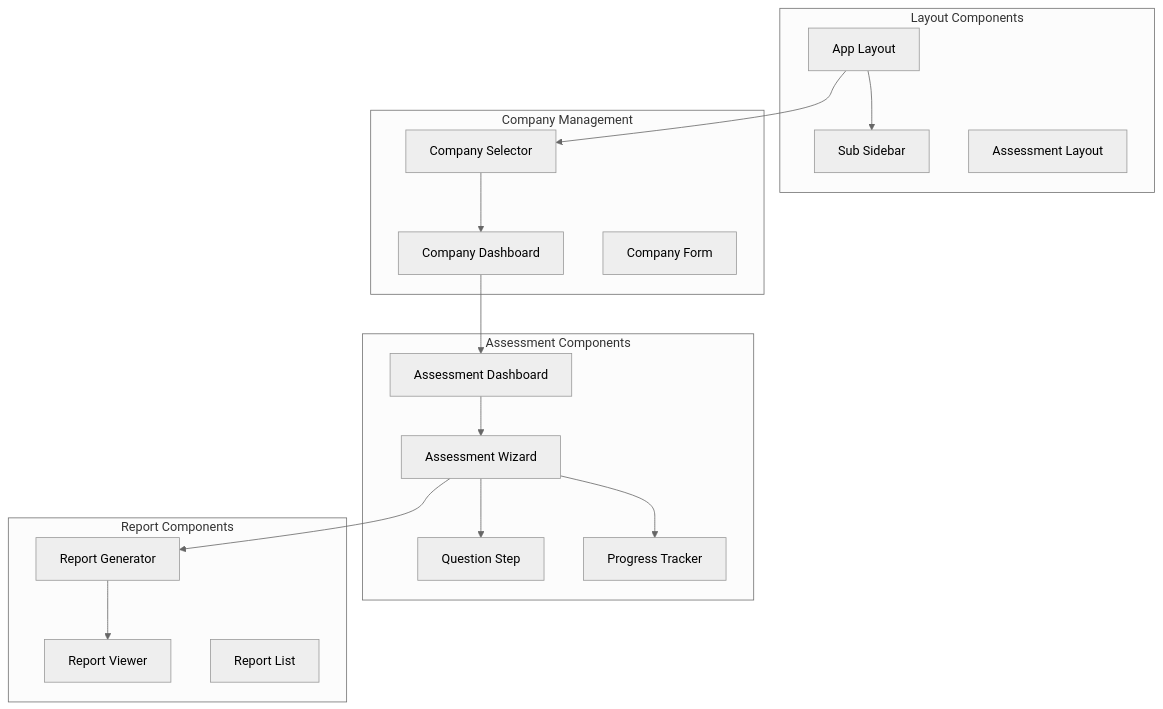
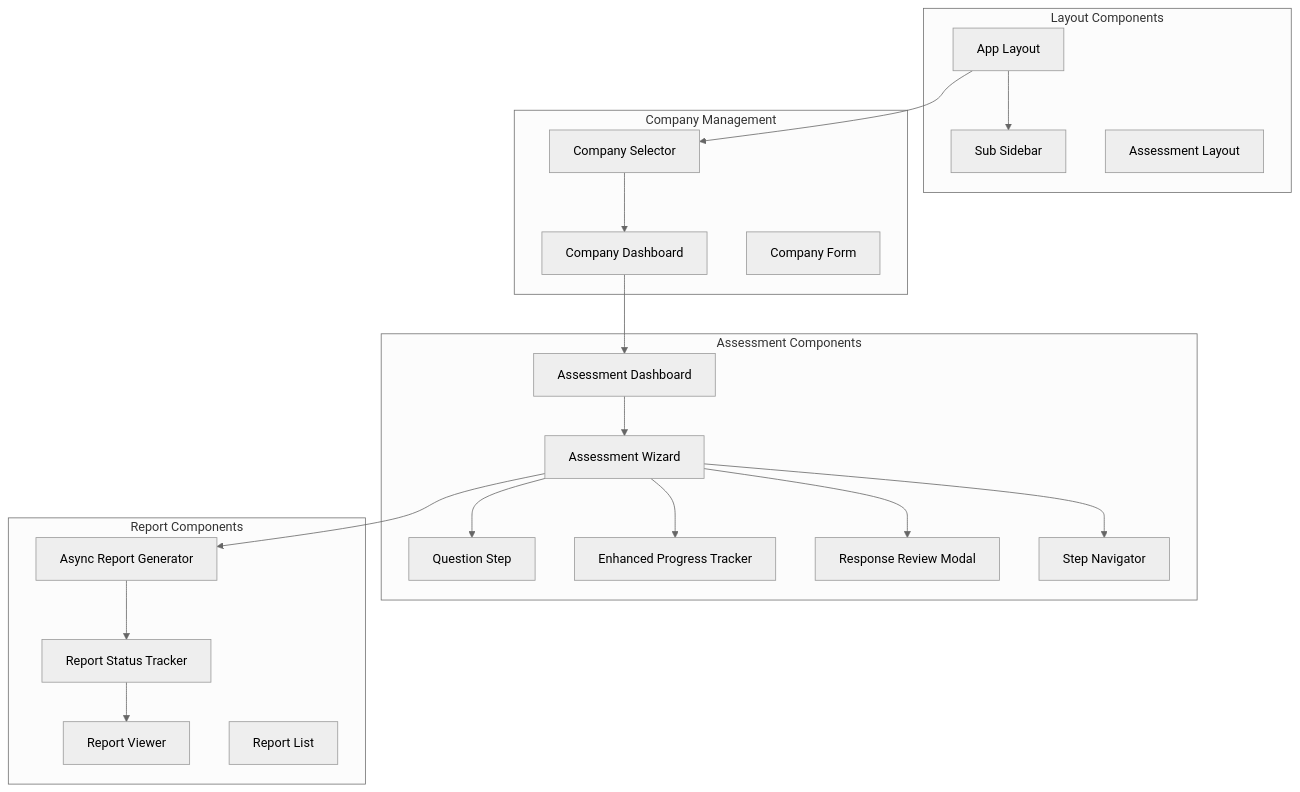
The second of 2 diagrams in .kiro/specs/ai-assessment/design.md (NexusLab-Technology/ai_assessment), drawn with Mermaid (neutral theme) before and after one commit. The commit also changed other lines of this file and 2 other files, not shown here.

First line of the commit message:
feat: enhance AI Assessment spec with response review, progress visualization, and async report generation

````diff
--- a/.kiro/specs/ai-assessment/design.md
+++ b/.kiro/specs/ai-assessment/design.md
@@ -46,37 +66,43 @@
 ```mermaid
 graph TB
     subgraph "Layout Components"
         AppLayout[App Layout]
         SubSidebar[Sub Sidebar]
         AssessmentLayout[Assessment Layout]
     end
     
     subgraph "Company Management"
         CompanySelector[Company Selector]
         CompanyDashboard[Company Dashboard]
         CompanyForm[Company Form]
     end
     
     subgraph "Assessment Components"
         AssessmentDashboard[Assessment Dashboard]
         AssessmentWizard[Assessment Wizard]
         QuestionStep[Question Step]
-        ProgressTracker[Progress Tracker]
+        EnhancedProgressTracker[Enhanced Progress Tracker]
+        ResponseReviewModal[Response Review Modal]
+        StepNavigator[Step Navigator]
     end
     
     subgraph "Report Components"
-        ReportGenerator[Report Generator]
+        AsyncReportGenerator[Async Report Generator]
+        ReportStatusTracker[Report Status Tracker]
         ReportViewer[Report Viewer]
         ReportList[Report List]
     end
     
     AppLayout --> SubSidebar
     AppLayout --> CompanySelector
     CompanySelector --> CompanyDashboard
     CompanyDashboard --> AssessmentDashboard
     AssessmentDashboard --> AssessmentWizard
     AssessmentWizard --> QuestionStep
-    AssessmentWizard --> ProgressTracker
-    AssessmentWizard --> ReportGenerator
-    ReportGenerator --> ReportViewer
+    AssessmentWizard --> EnhancedProgressTracker
+    AssessmentWizard --> ResponseReviewModal
+    AssessmentWizard --> StepNavigator
+    AssessmentWizard --> AsyncReportGenerator
+    AsyncReportGenerator --> ReportStatusTracker
+    ReportStatusTracker --> ReportViewer
 ```
````
